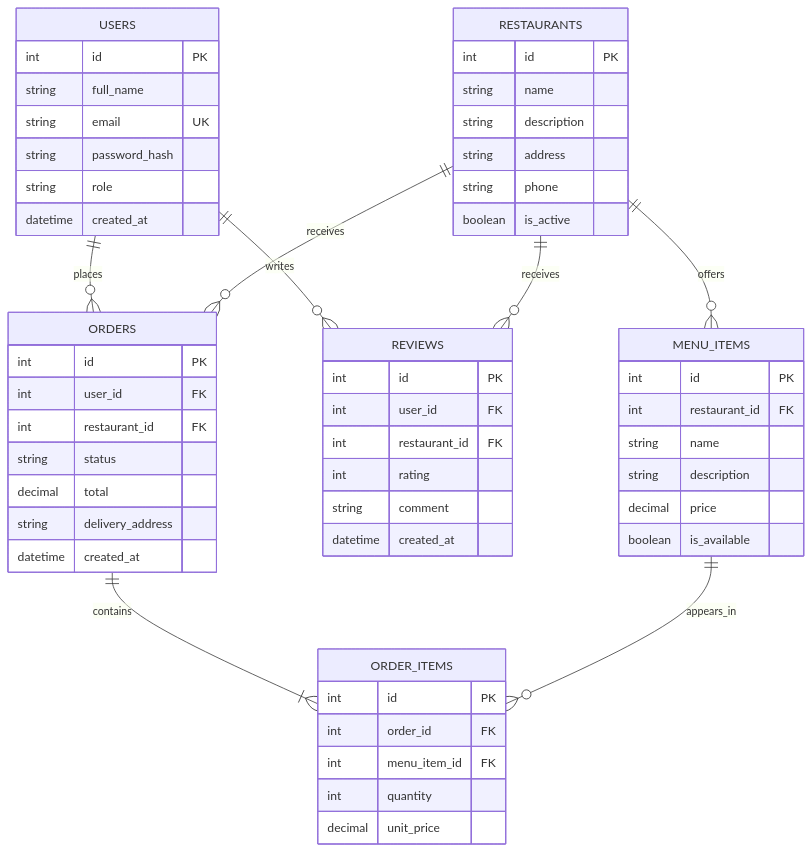
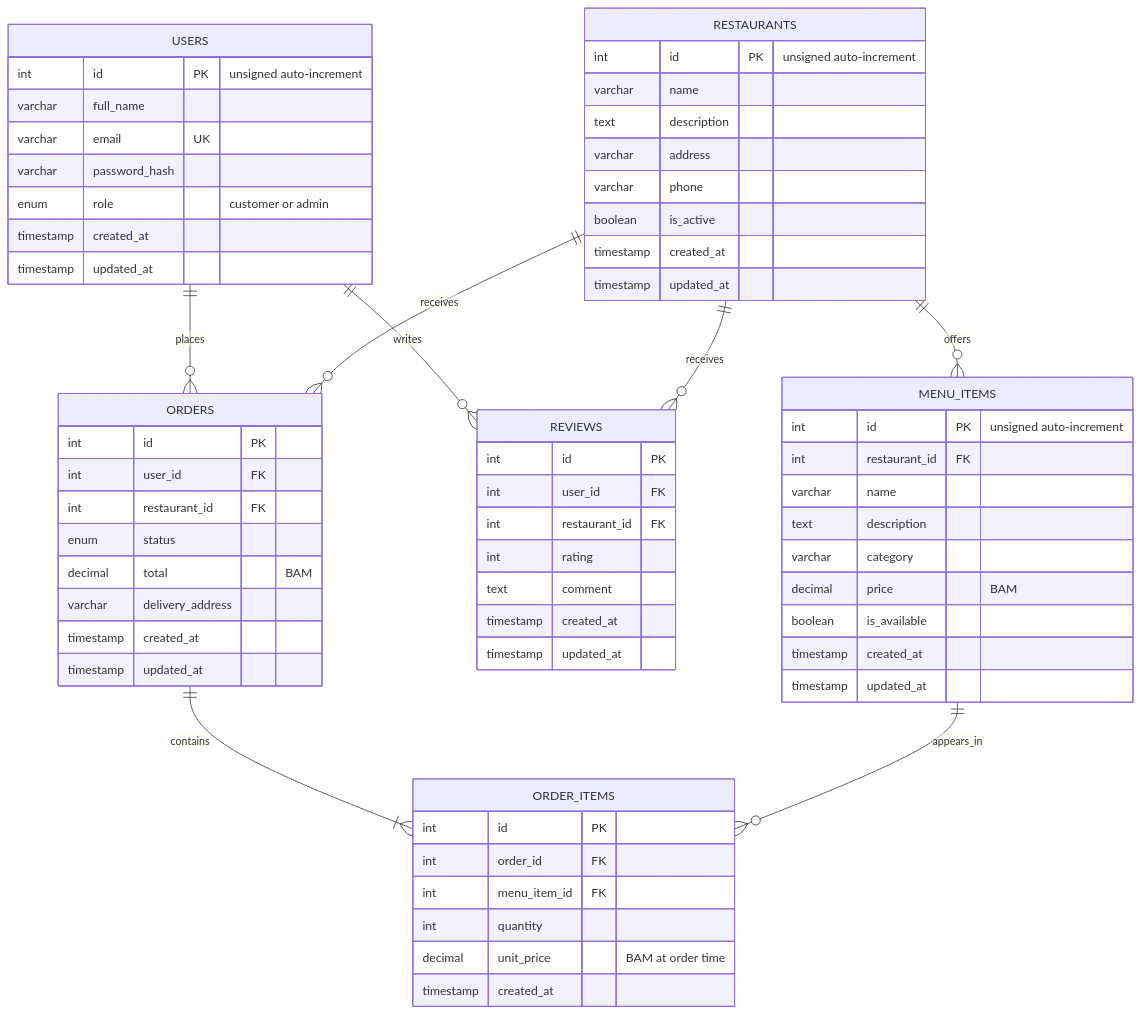
Before and after one commit to Simjanoskii/EasyBites: the diagram in docs/ERD.md, drawn with Mermaid. The commit also changed other lines of this file and 14 other files, not shown here.

````diff
--- a/docs/ERD.md
+++ b/docs/ERD.md
@@ -5,59 +5,68 @@
 ```mermaid
 erDiagram
     USERS ||--o{ ORDERS : places
     USERS ||--o{ REVIEWS : writes
     RESTAURANTS ||--o{ MENU_ITEMS : offers
     RESTAURANTS ||--o{ ORDERS : receives
     RESTAURANTS ||--o{ REVIEWS : receives
     ORDERS ||--|{ ORDER_ITEMS : contains
     MENU_ITEMS ||--o{ ORDER_ITEMS : appears_in
 
     USERS {
-        int id PK
-        string full_name
-        string email UK
-        string password_hash
-        string role
-        datetime created_at
+        int id PK "unsigned auto-increment"
+        varchar full_name
+        varchar email UK
+        varchar password_hash
+        enum role "customer or admin"
+        timestamp created_at
+        timestamp updated_at
     }
     RESTAURANTS {
-        int id PK
-        string name
-        string description
-        string address
-        string phone
+        int id PK "unsigned auto-increment"
+        varchar name
+        text description
+        varchar address
+        varchar phone
         boolean is_active
+        timestamp created_at
+        timestamp updated_at
     }
     MENU_ITEMS {
-        int id PK
+        int id PK "unsigned auto-increment"
         int restaurant_id FK
-        string name
-        string description
-        decimal price
+        varchar name
+        text description
+        varchar category
+        decimal price "BAM"
         boolean is_available
+        timestamp created_at
+        timestamp updated_at
     }
     ORDERS {
         int id PK
         int user_id FK
         int restaurant_id FK
-        string status
-        decimal total
-        string delivery_address
-        datetime created_at
+        enum status
+        decimal total "BAM"
+        varchar delivery_address
+        timestamp created_at
+        timestamp updated_at
     }
     ORDER_ITEMS {
         int id PK
         int order_id FK
         int menu_item_id FK
         int quantity
-        decimal unit_price
+        decimal unit_price "BAM at order time"
+        timestamp created_at
     }
     REVIEWS {
         int id PK
         int user_id FK
         int restaurant_id FK
         int rating
-        string comment
-        datetime created_at
+        text comment
+        timestamp created_at
+        timestamp updated_at
     }
 ```
````
